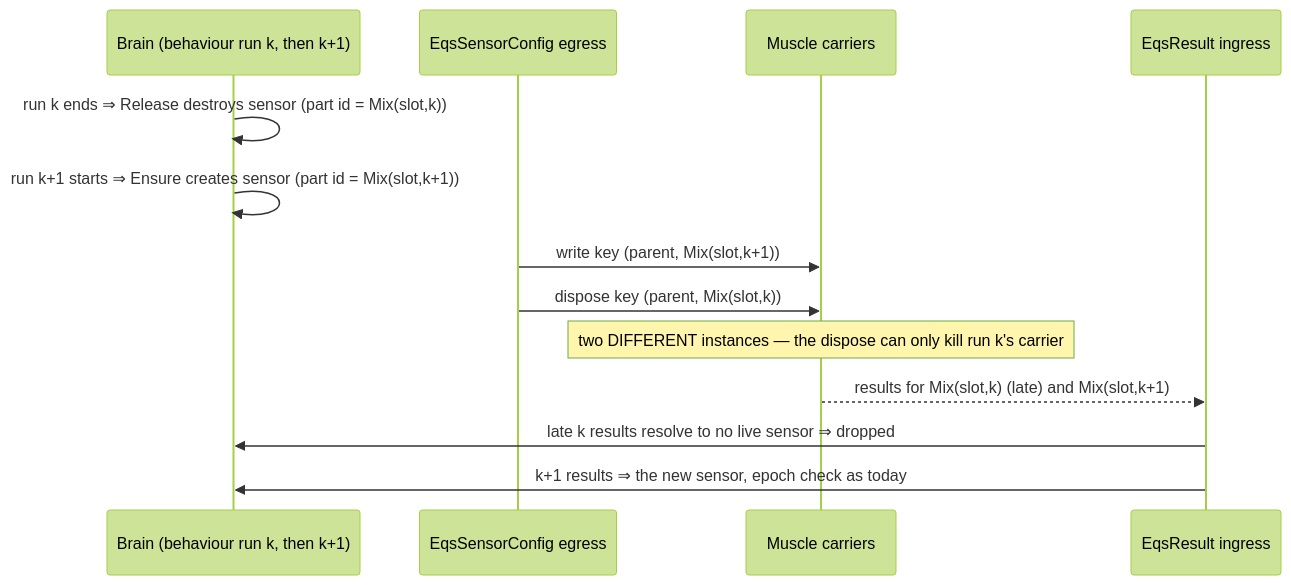
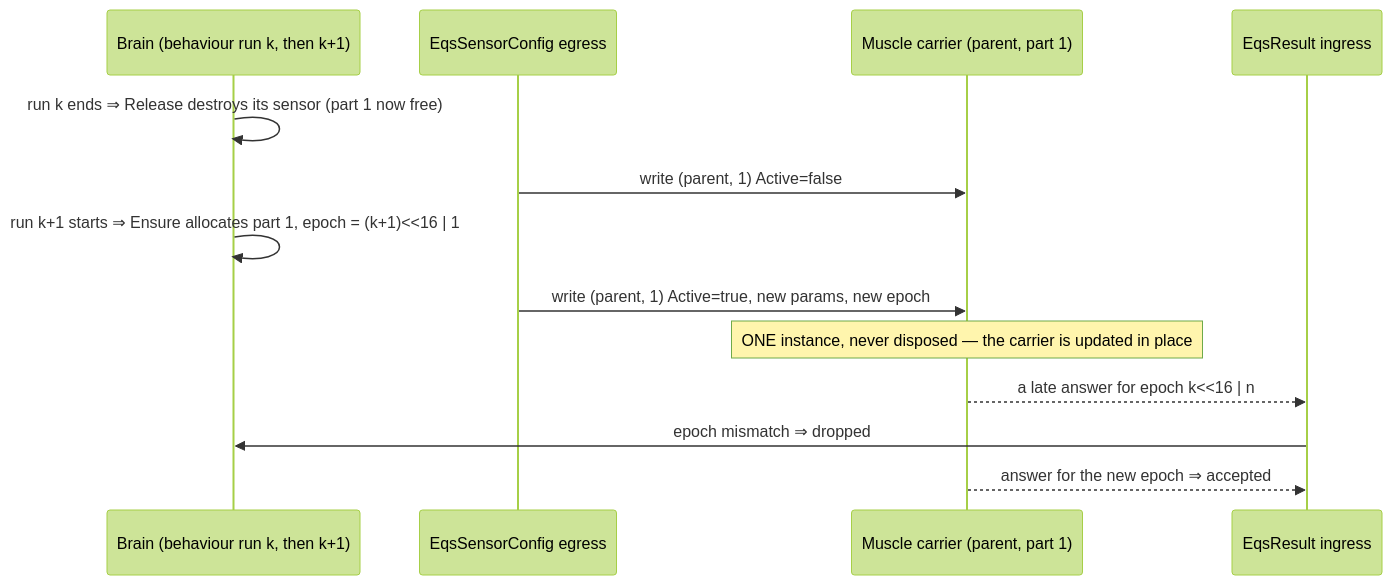
One commit to pjanec/HROT changed the third of 4 diagrams in docs/blueprints/DESIGN_Behaviour_Fault_And_Teardown.md. Above: the diagram before and after it, drawn with Mermaid (forest theme). The commit also changed other lines of this file and 3 other files, not shown here.

First line of the commit message:
design: revise D5 for the descriptor no-dispose rule; Active flag; file CE-488/CE-489

````diff
--- a/docs/blueprints/DESIGN_Behaviour_Fault_And_Teardown.md
+++ b/docs/blueprints/DESIGN_Behaviour_Fault_And_Teardown.md
@@ -206,15 +237,15 @@
 ```mermaid
 sequenceDiagram
   participant B as Brain (behaviour run k, then k+1)
   participant CE as EqsSensorConfig egress
-  participant M as Muscle carriers
+  participant M as Muscle carrier (parent, part 1)
   participant RI as EqsResult ingress
-  B->>B: run k ends ⇒ Release destroys sensor (part id = Mix(slot,k))
-  B->>B: run k+1 starts ⇒ Ensure creates sensor (part id = Mix(slot,k+1))
-  CE->>M: write key (parent, Mix(slot,k+1))
-  CE->>M: dispose key (parent, Mix(slot,k))
-  Note over M: two DIFFERENT instances — the dispose can only kill run k's carrier
-  M-->>RI: results for Mix(slot,k) (late) and Mix(slot,k+1)
-  RI->>B: late k results resolve to no live sensor ⇒ dropped
-  RI->>B: k+1 results ⇒ the new sensor, epoch check as today
+  B->>B: run k ends ⇒ Release destroys its sensor (part 1 now free)
+  CE->>M: write (parent, 1) Active=false
+  B->>B: run k+1 starts ⇒ Ensure allocates part 1, epoch = (k+1)<<16 | 1
+  CE->>M: write (parent, 1) Active=true, new params, new epoch
+  Note over M: ONE instance, never disposed — the carrier is updated in place
+  M-->>RI: a late answer for epoch k<<16 | n
+  RI->>B: epoch mismatch ⇒ dropped
+  M-->>RI: answer for the new epoch ⇒ accepted
 ```
````
